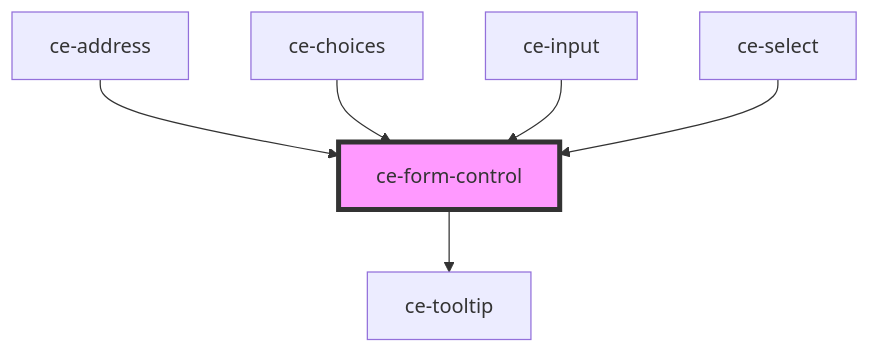
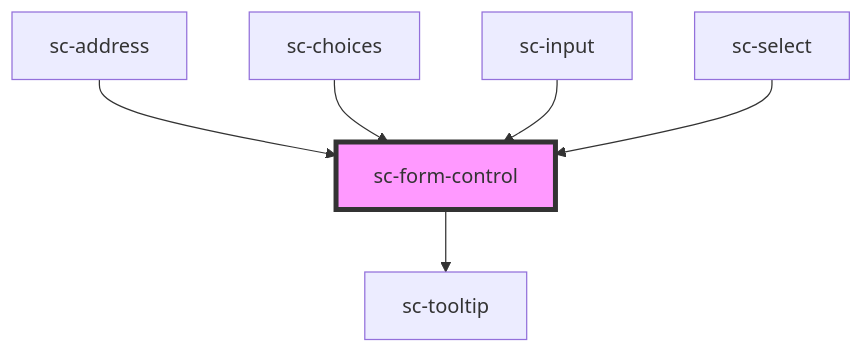
One commit to surecart/surecart-wp-plugin changed the diagram in packages/components/src/components/ui/form-control/readme.md. Above: the diagram before and after it, drawn with Mermaid. The commit also changed other lines of this file and 1281 other files, not shown here.

````diff
--- a/packages/components/src/components/ui/form-control/readme.md
+++ b/packages/components/src/components/ui/form-control/readme.md
@@ -46,9 +46,9 @@
 ```mermaid
 graph TD;
-  ce-form-control --> ce-tooltip
-  ce-address --> ce-form-control
-  ce-choices --> ce-form-control
-  ce-input --> ce-form-control
-  ce-select --> ce-form-control
-  style ce-form-control fill:#f9f,stroke:#333,stroke-width:4px
+  sc-form-control --> sc-tooltip
+  sc-address --> sc-form-control
+  sc-choices --> sc-form-control
+  sc-input --> sc-form-control
+  sc-select --> sc-form-control
+  style sc-form-control fill:#f9f,stroke:#333,stroke-width:4px
 ```
````
